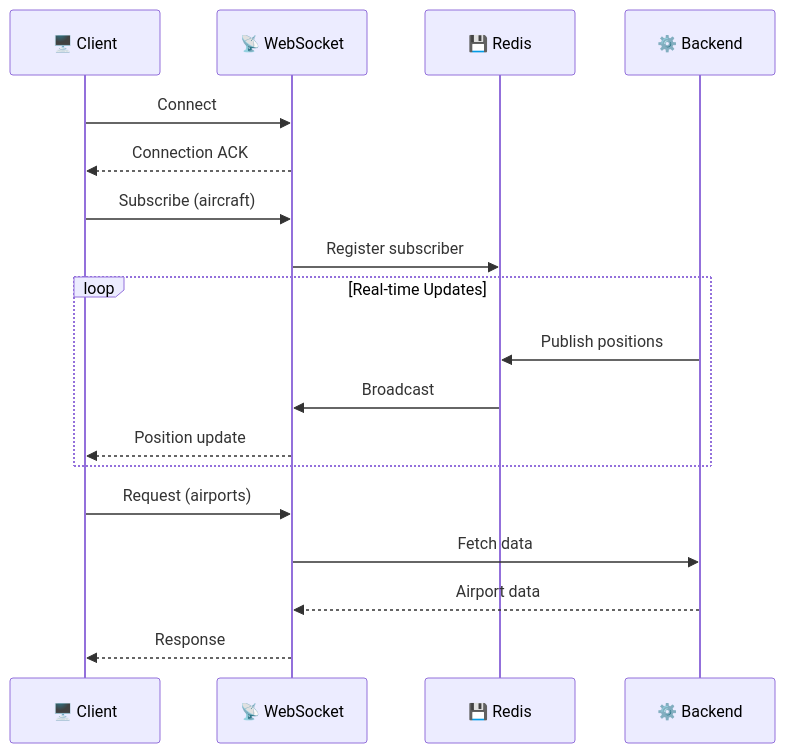
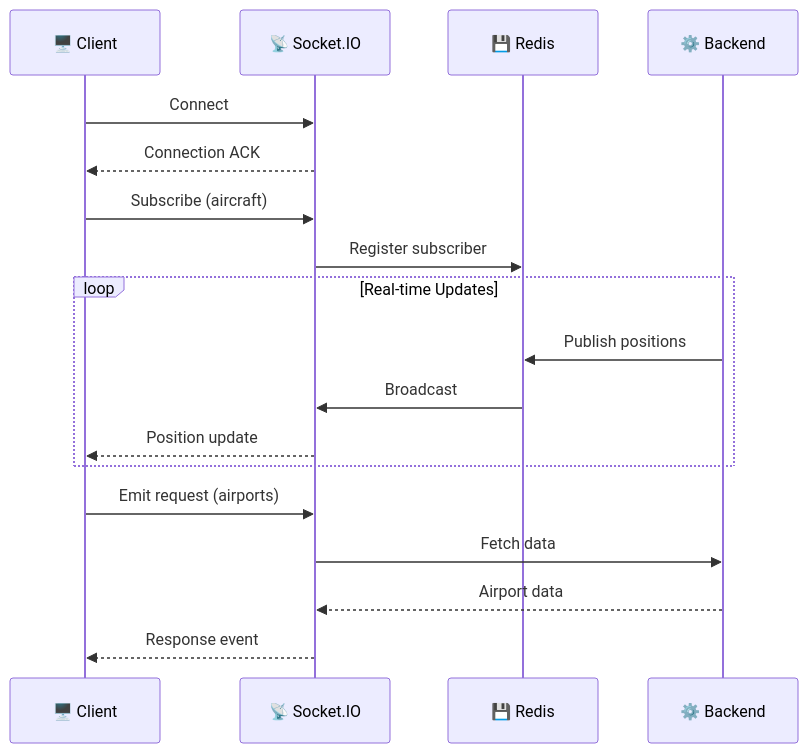
One commit to CHA0S-CORP/SkySpy changed the third of 4 diagrams in docs/10-map-aviation.md. Above: the diagram before and after it, drawn with Mermaid. The commit also changed other lines of this file and 66 other files, not shown here.

````diff
--- a/docs/10-map-aviation.md
+++ b/docs/10-map-aviation.md
@@ -851,24 +851,24 @@
 ```mermaid
 sequenceDiagram
     participant Client as 🖥️ Client
-    participant WS as 📡 WebSocket
+    participant SIO as 📡 Socket.IO
     participant Redis as 💾 Redis
     participant API as ⚙️ Backend
 
-    Client->>WS: Connect
-    WS-->>Client: Connection ACK
+    Client->>SIO: Connect
+    SIO-->>Client: Connection ACK
 
-    Client->>WS: Subscribe (aircraft)
-    WS->>Redis: Register subscriber
+    Client->>SIO: Subscribe (aircraft)
+    SIO->>Redis: Register subscriber
 
     loop Real-time Updates
         API->>Redis: Publish positions
-        Redis->>WS: Broadcast
-        WS-->>Client: Position update
+        Redis->>SIO: Broadcast
+        SIO-->>Client: Position update
     end
 
-    Client->>WS: Request (airports)
-    WS->>API: Fetch data
-    API-->>WS: Airport data
-    WS-->>Client: Response
+    Client->>SIO: Emit request (airports)
+    SIO->>API: Fetch data
+    API-->>SIO: Airport data
+    SIO-->>Client: Response event
 ```
````
